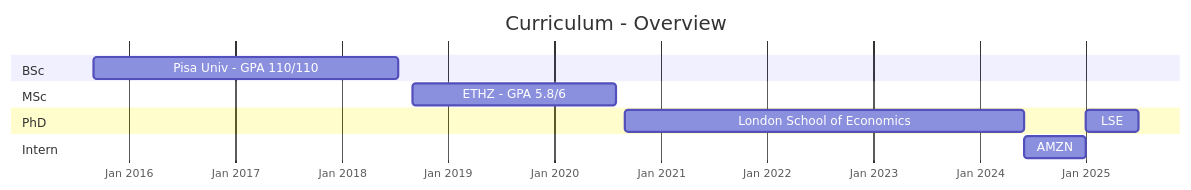
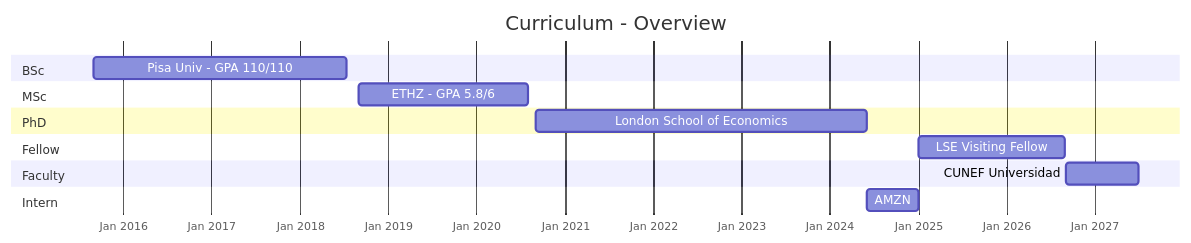
One commit to Conj34/Conj34.github.io changed the first of 2 diagrams in main_pages/curriculum.qmd. Above: the diagram before and after it, drawn with Mermaid. The commit also changed other lines of this file and 11 other files, not shown here.

````diff
--- a/main_pages/curriculum.qmd
+++ b/main_pages/curriculum.qmd
@@ -30,19 +20,22 @@
 ```{mermaid}
 %%| fig-height: 6.5
 ---
 displayMode: compact
 ---
 gantt
     title Curriculum - Overview
     dateFormat DD-MM-YYYY
     axisFormat   %b %Y
     section BSc
     Pisa Univ - GPA 110/110: L1, 01-09-2015, 1048d
     section MSc
     ETHZ - GPA 5.8/6: L1, 01-09-2018, 700d
     section PhD
     London School of Economics: L1, 01-09-2020, 1369d
-    LSE : L2, 01-01-2025, 180d
+    section Fellow
+    LSE Visiting Fellow : L1, 01-01-2025, 607d
+    section Faculty
+    CUNEF Universidad : L1, 01-09-2026, 302d
     section Intern
     AMZN : L1, 01-06-2024, 214d
 ```
````
